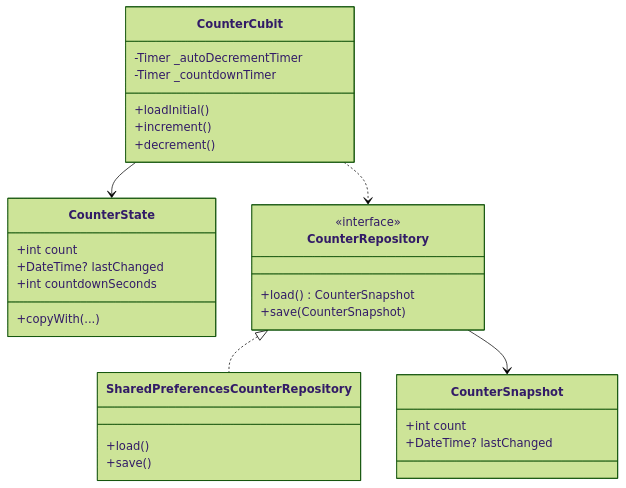
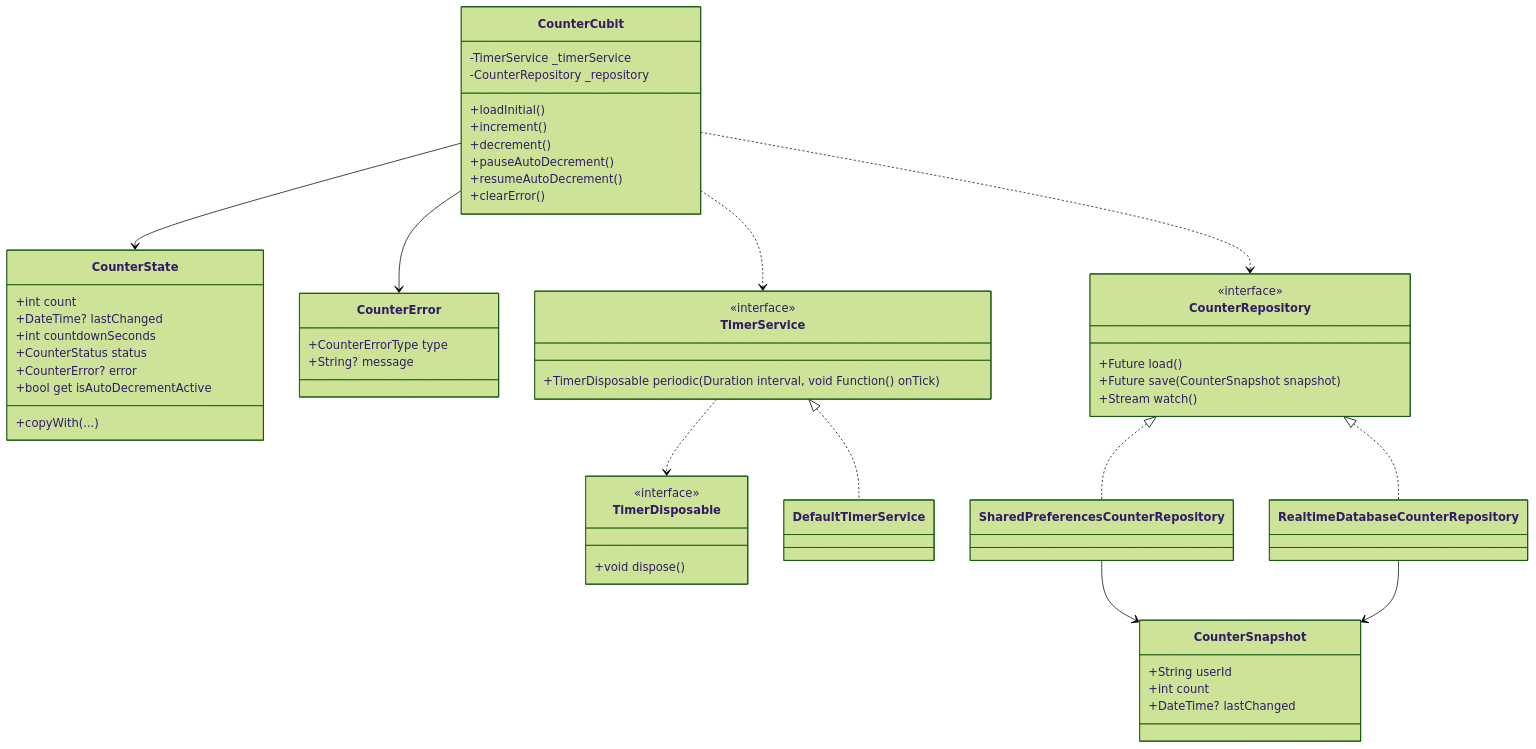
One commit to redjadet/flutter_bloc_app changed the third of 3 diagrams in README.md. Above: the diagram before and after it, drawn with Mermaid (forest theme). The commit also changed other lines of this file, not shown here.

First line of the commit message:
Enhance README with updated architecture diagrams and feature organization

````diff
--- a/README.md
+++ b/README.md
@@ -127,38 +155,66 @@
 ```mermaid
 classDiagram
   class CounterCubit {
-    -Timer _autoDecrementTimer
-    -Timer _countdownTimer
+    -TimerService _timerService
+    -CounterRepository _repository
     +loadInitial()
     +increment()
     +decrement()
+    +pauseAutoDecrement()
+    +resumeAutoDecrement()
+    +clearError()
   }
 
   class CounterState {
     +int count
     +DateTime? lastChanged
     +int countdownSeconds
+    +CounterStatus status
+    +CounterError? error
+    +bool get isAutoDecrementActive
     +copyWith(...)
+  }
+
+  class CounterError {
+    +CounterErrorType type
+    +String? message
   }
 
   class CounterRepository {
     <<interface>>
-    +load() CounterSnapshot
-    +save(CounterSnapshot)
+    +Future<CounterSnapshot> load()
+    +Future<void> save(CounterSnapshot snapshot)
+    +Stream<CounterSnapshot> watch()
   }
 
   class CounterSnapshot {
+    +String userId
     +int count
     +DateTime? lastChanged
   }
 
-  class SharedPreferencesCounterRepository {
-    +load()
-    +save()
+  class TimerService {
+    <<interface>>
+    +TimerDisposable periodic(Duration interval, void Function() onTick)
   }
 
+  class TimerDisposable {
+    <<interface>>
+    +void dispose()
+  }
+
+  class DefaultTimerService
+  class SharedPreferencesCounterRepository
+  class RealtimeDatabaseCounterRepository
+
   CounterCubit --> CounterState
+  CounterCubit --> CounterError
   CounterCubit ..> CounterRepository
+  CounterCubit ..> TimerService
+  TimerService ..> TimerDisposable
+  TimerService <|.. DefaultTimerService
   CounterRepository <|.. SharedPreferencesCounterRepository
-  CounterRepository --> CounterSnapshot
+  CounterRepository <|.. RealtimeDatabaseCounterRepository
+  SharedPreferencesCounterRepository --> CounterSnapshot
+  RealtimeDatabaseCounterRepository --> CounterSnapshot
 ```
````
